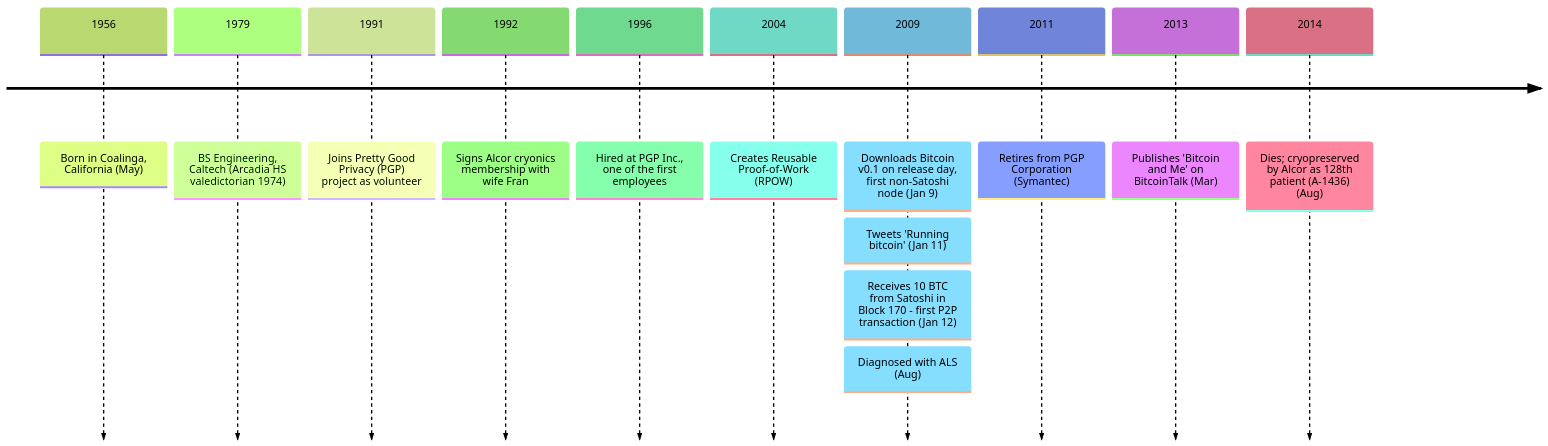
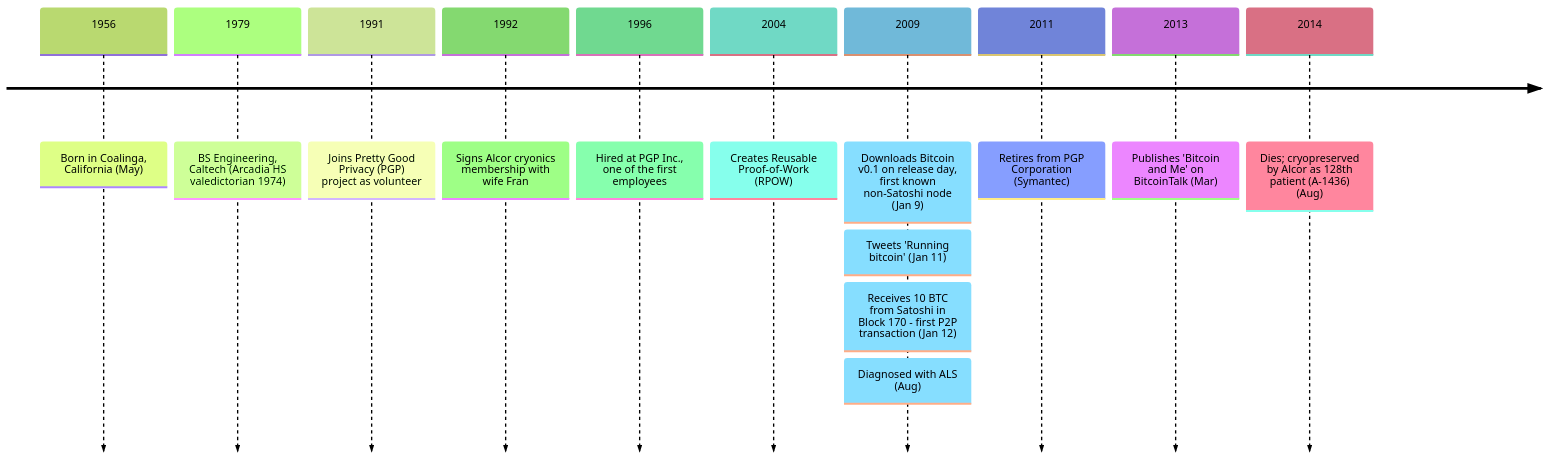
The diagram in src/data/entries/en/aftermath/2014-08-28-hal-finney-biography.md (cypher256/BitcoinArchive), drawn with Mermaid (forest theme) before and after one commit. The commit also changed 3 other files, not shown here.

First line of the commit message:
Tighten Gavin/CIA prose tail and Hal timeline node hedge

````diff
--- a/src/data/entries/en/aftermath/2014-08-28-hal-finney-biography.md
+++ b/src/data/entries/en/aftermath/2014-08-28-hal-finney-biography.md
@@ -74,21 +74,21 @@
 ```mermaid
 timeline
     1956 : Born in Coalinga, California (May)
     1979 : BS Engineering, Caltech (Arcadia HS valedictorian 1974)
     1991 : Joins Pretty Good Privacy (PGP) project as volunteer
     1992 : Signs Alcor cryonics membership with wife Fran
     1996 : Hired at PGP Inc., one of the first employees
     2004 : Creates Reusable Proof-of-Work (RPOW)
-    2009 : Downloads Bitcoin v0.1 on release day, first non-Satoshi node (Jan 9)
+    2009 : Downloads Bitcoin v0.1 on release day, first known non-Satoshi node (Jan 9)
     %% link: /BitcoinArchive/entries/sourceforge/2009-01-09-bitcoin-v01-released/
          : Tweets 'Running bitcoin' (Jan 11)
     %% link: /BitcoinArchive/entries/aftermath/2009-01-11-hal-finney-running-bitcoin-tweet/
          : Receives 10 BTC from Satoshi in Block 170 - first P2P transaction (Jan 12)
     %% link: /BitcoinArchive/entries/aftermath/2009-01-12-first-bitcoin-transaction/
          : Diagnosed with ALS (Aug)
     2011 : Retires from PGP Corporation (Symantec)
     2013 : Publishes 'Bitcoin and Me' on BitcoinTalk (Mar)
     %% link: /BitcoinArchive/entries/aftermath/2013-03-19-bitcoin-and-me-hal-finney/
     2014 : Dies; cryopreserved by Alcor as 128th patient (A-1436) (Aug)
     %% link: /BitcoinArchive/entries/aftermath/2014-08-28-hal-finney-passes-away/
 ```
````
